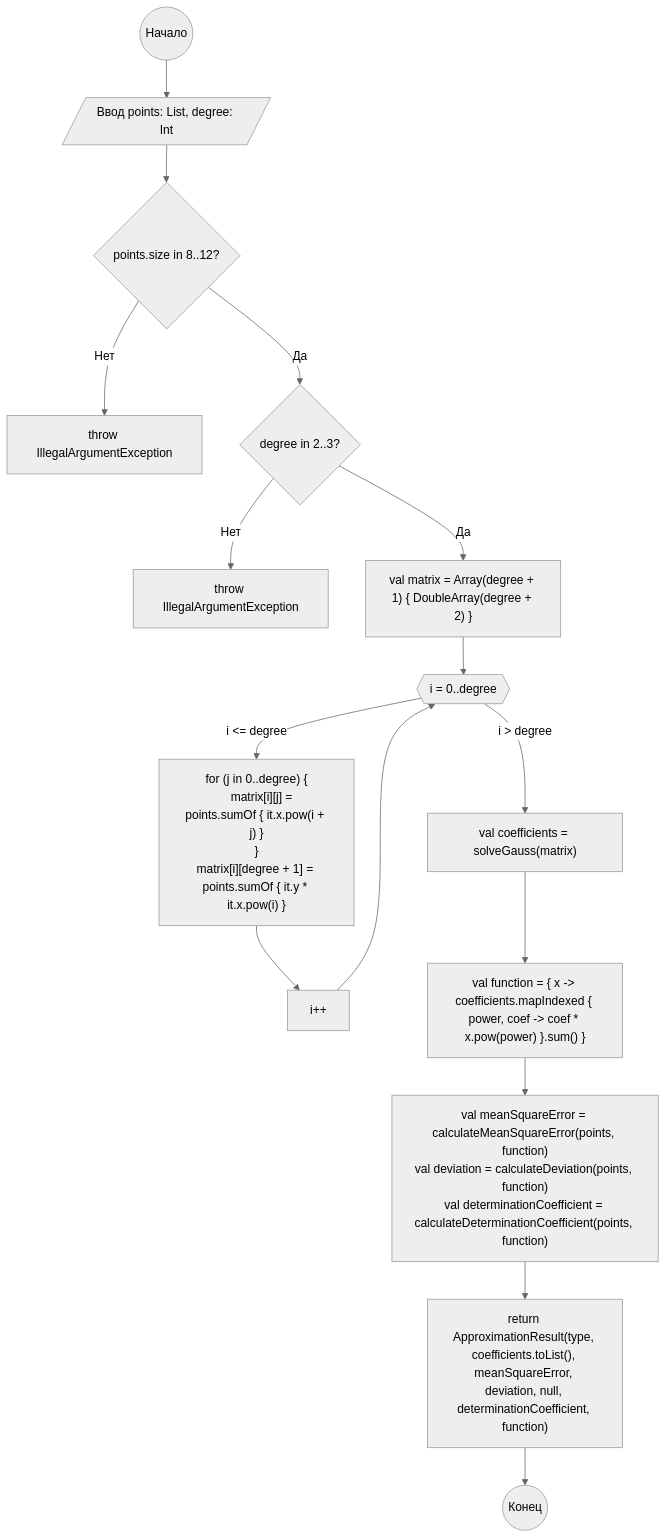
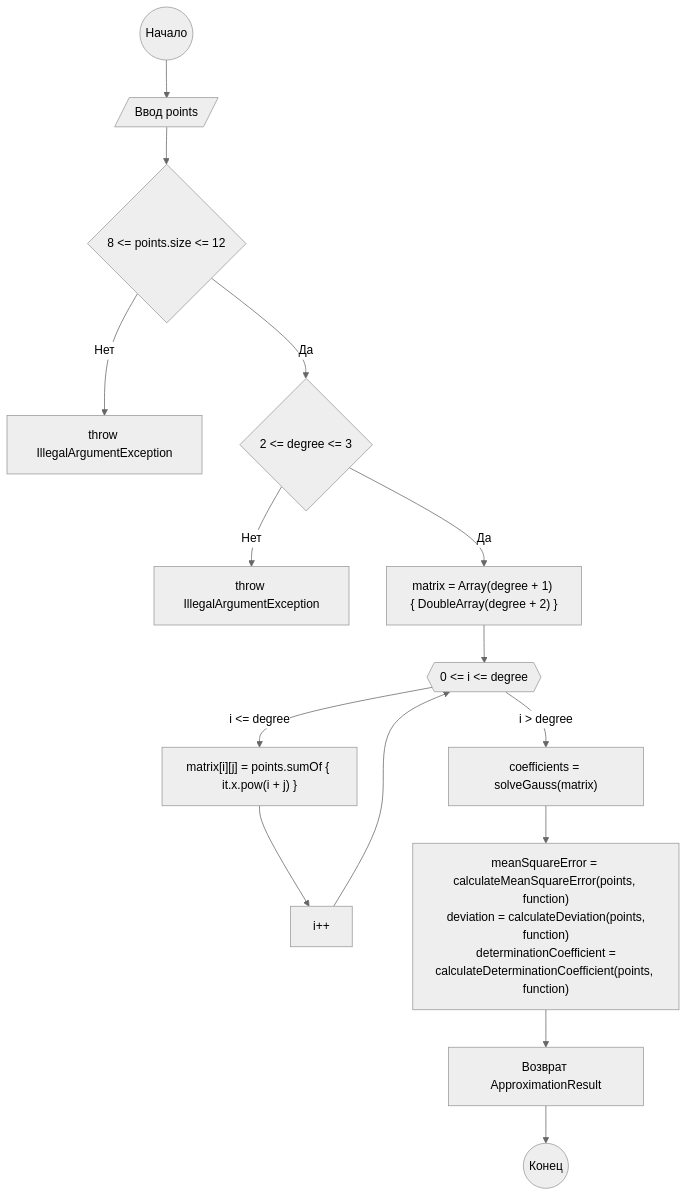
One commit to arekalov/CompMat-lab4 changed the diagram in docs/schemes/polynomial_approximator.mmd. Above: the diagram before and after it, drawn with Mermaid (neutral theme). The commit also changed 6 other files, not shown here.

```diff
--- a/docs/schemes/polynomial_approximator.mmd
+++ b/docs/schemes/polynomial_approximator.mmd
@@ -1,16 +1,15 @@
 flowchart TD
-    A(("Начало")) --> B[/"Ввод points: List<Point>, degree: Int"/]
-    B --> C{"points.size in 8..12?"}
+    A(("Начало")) --> B[/"Ввод points"/]
+    B --> C{"8 <= points.size <= 12"}
     C -->|"Нет"| D["throw IllegalArgumentException"]
-    C -->|"Да"| E{"degree in 2..3?"}
+    C -->|"Да"| E{"2 <= degree <= 3"}
     E -->|"Нет"| F["throw IllegalArgumentException"]
-    E -->|"Да"| G["val matrix = Array(degree + 1) { DoubleArray(degree + 2) }"]
-    G --> H{{"i = 0..degree"}}
-    H -->|"i <= degree"| I["for (j in 0..degree) {\n    matrix[i][j] = points.sumOf { it.x.pow(i + j) }\n}\nmatrix[i][degree + 1] = points.sumOf { it.y * it.x.pow(i) }"]
+    E -->|"Да"| G[" matrix = Array(degree + 1) { DoubleArray(degree + 2) }"]
+    G --> H{{"0 <= i <= degree"}}
+    H -->|"i <= degree"| I["matrix[i][j] = points.sumOf { it.x.pow(i + j) }"]
     I --> J["i++"]
     J --> H
-    H -->|"i > degree"| K["val coefficients = solveGauss(matrix)"]
-    K --> L["val function = { x -> coefficients.mapIndexed { power, coef -> coef * x.pow(power) }.sum() }"]
-    L --> M["val meanSquareError = calculateMeanSquareError(points, function)\nval deviation = calculateDeviation(points, function)\nval determinationCoefficient = calculateDeterminationCoefficient(points, function)"]
-    M --> N["return ApproximationResult(type, coefficients.toList(), meanSquareError, deviation, null, determinationCoefficient, function)"]
+    H -->|"i > degree"| K[" coefficients = solveGauss(matrix)"]
+    K --> M[" meanSquareError = calculateMeanSquareError(points, function)\n deviation = calculateDeviation(points, function)\n determinationCoefficient = calculateDeterminationCoefficient(points, function)"]
+    M --> N["Возврат ApproximationResult"]
     N --> O(("Конец"))
```
